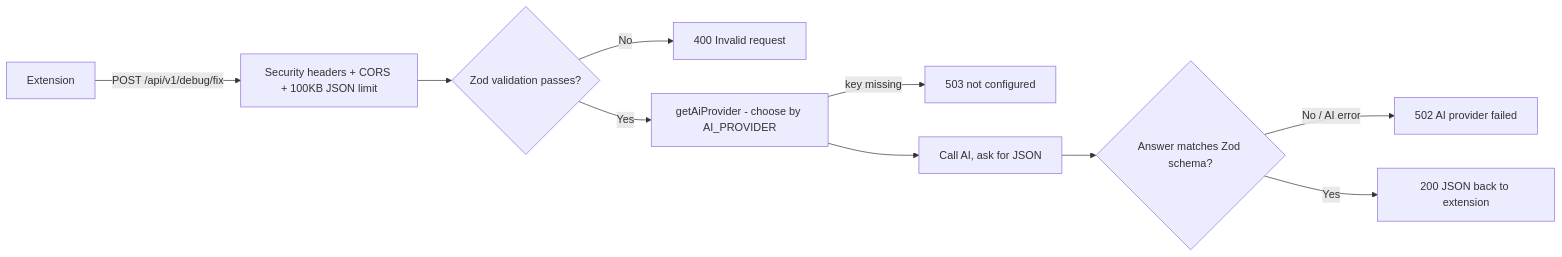
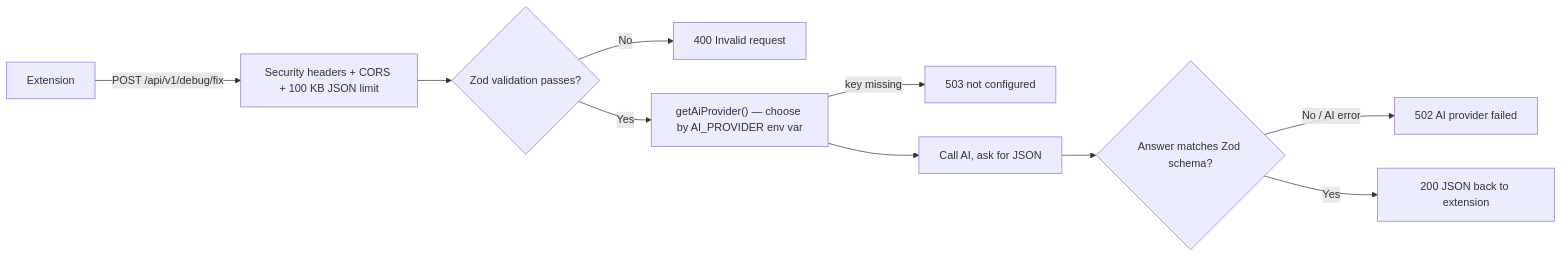
Before and after one commit to maimanishhoon/aicodingpet: the tenth of 14 diagrams in README.md, drawn with Mermaid. The commit also changed other lines of this file, not shown here.

````diff
--- a/README.md
+++ b/README.md
@@ -392,12 +531,12 @@
 ```mermaid
 flowchart LR
-    A["Extension"] -->|"POST /api/v1/debug/fix"| B["Security headers + CORS + 100KB JSON limit"]
+    A["Extension"] -->|"POST /api/v1/debug/fix"| B["Security headers + CORS + 100 KB JSON limit"]
     B --> C{"Zod validation passes?"}
     C -- "No" --> D["400 Invalid request"]
-    C -- "Yes" --> E["getAiProvider - choose by AI_PROVIDER"]
+    C -- "Yes" --> E["getAiProvider() — choose by AI_PROVIDER env var"]
     E -- "key missing" --> F["503 not configured"]
     E --> G["Call AI, ask for JSON"]
     G --> H{"Answer matches Zod schema?"}
     H -- "No / AI error" --> I["502 AI provider failed"]
     H -- "Yes" --> J["200 JSON back to extension"]
 ```
````
